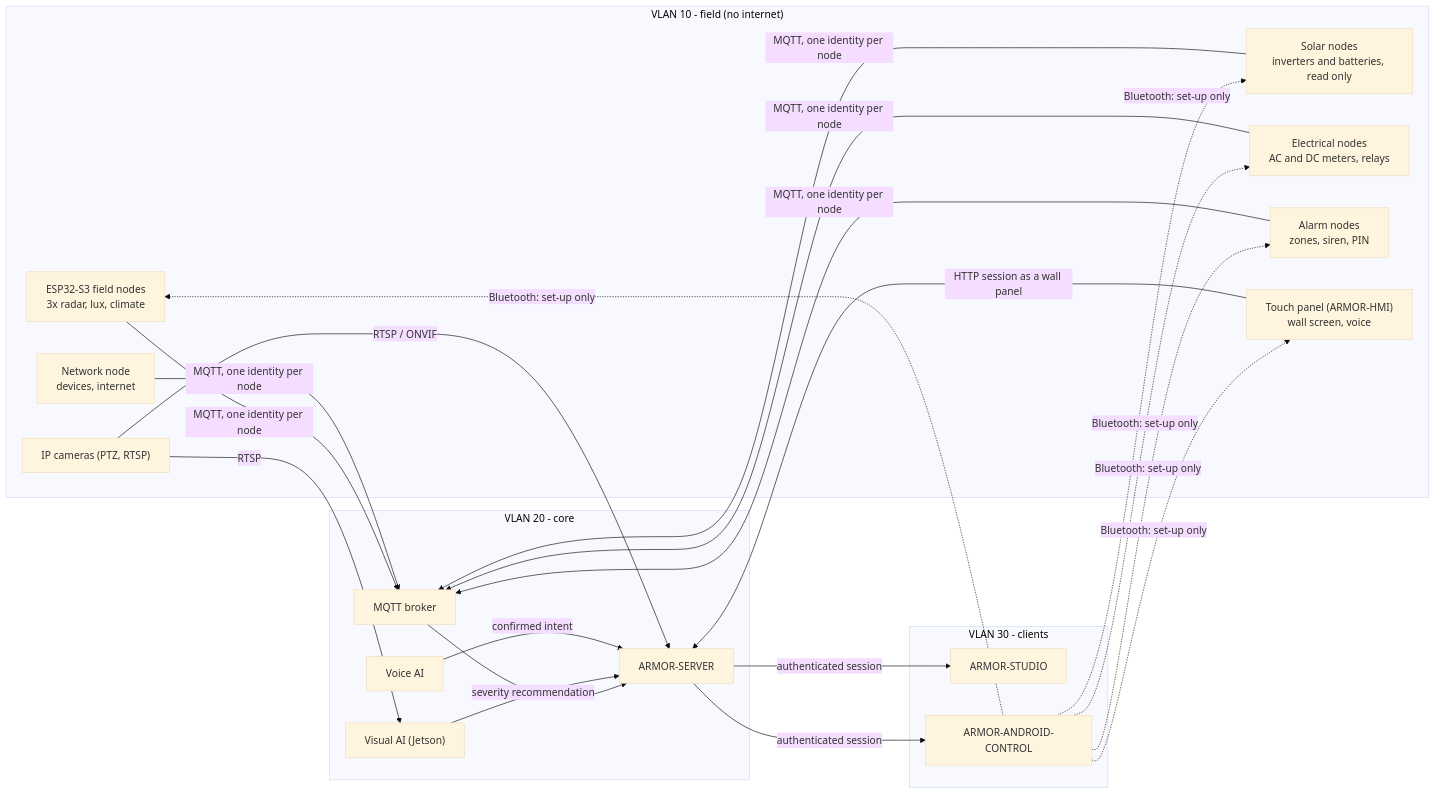
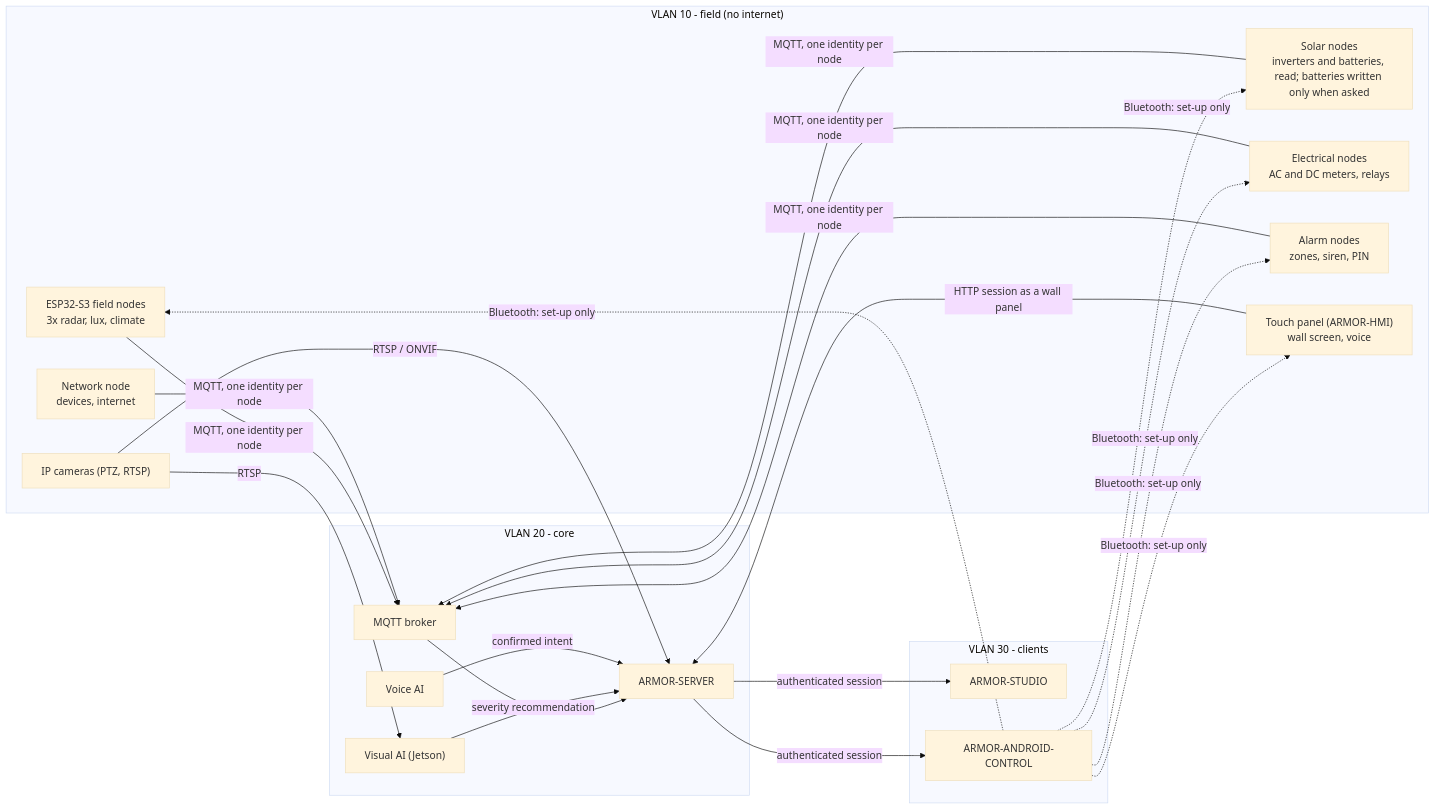
Before and after one commit to JuanenRac/ARMOR-DOCS: the diagram in docs/ARCHITECTURE.md, drawn with Mermaid (base theme). The commit also changed other lines of this file and 18 other files, not shown here.

````diff
--- a/docs/ARCHITECTURE.md
+++ b/docs/ARCHITECTURE.md
@@ -3,40 +3,40 @@
 ```mermaid
 flowchart LR
   subgraph field["VLAN 10 - field (no internet)"]
     N["ESP32-S3 field nodes<br/>3x radar, lux, climate"]
-    SN["Solar nodes<br/>inverters and batteries, read only"]
+    SN["Solar nodes<br/>inverters and batteries, read; batteries written only when asked"]
     EN["Electrical nodes<br/>AC and DC meters, relays"]
     AN["Alarm nodes<br/>zones, siren, PIN"]
     NN["Network node<br/>devices, internet"]
     HM["Touch panel (ARMOR-HMI)<br/>wall screen, voice"]
     C["IP cameras (PTZ, RTSP)"]
   end
   subgraph core["VLAN 20 - core"]
     B["MQTT broker"]
     S["ARMOR-SERVER"]
     V["Visual AI (Jetson)"]
     P["Voice AI"]
   end
   subgraph clients["VLAN 30 - clients"]
     W["ARMOR-STUDIO"]
     A["ARMOR-ANDROID-CONTROL"]
   end
   N -->|"MQTT, one identity per node"| B
   SN -->|"MQTT, one identity per node"| B
   EN -->|"MQTT, one identity per node"| B
   AN -->|"MQTT, one identity per node"| B
   NN -->|"MQTT, one identity per node"| B
   HM -->|"HTTP session as a wall panel"| S
   B --> S
   C -->|"RTSP / ONVIF"| S
   C -->|"RTSP"| V
   V -->|"severity recommendation"| S
   P -->|"confirmed intent"| S
   S -->|"authenticated session"| W
   S -->|"authenticated session"| A
   A -.->|"Bluetooth: set-up only"| N
   A -.->|"Bluetooth: set-up only"| SN
   A -.->|"Bluetooth: set-up only"| EN
   A -.->|"Bluetooth: set-up only"| AN
   A -.->|"Bluetooth: set-up only"| HM
 ```
````
